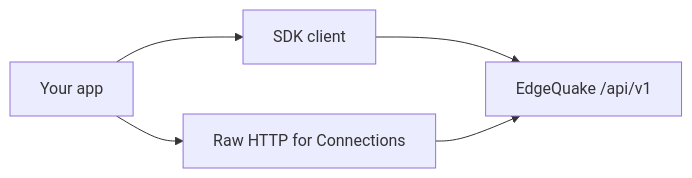
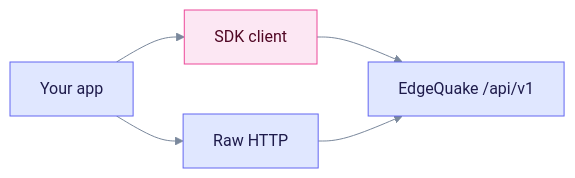
The diagram in docs/sdks/README.md (raphaelmansuy/edgequake), drawn with Mermaid before and after one commit. The commit also changed other lines of this file and 194 other files, not shown here.

First line of the commit message:
Refresh docs against code and rebuild schema E/R as progressive steps

````diff
--- a/docs/sdks/README.md
+++ b/docs/sdks/README.md
@@ -12,7 +14,12 @@
 ```mermaid
+%%{init: {"theme":"base","themeVariables":{"primaryColor":"#E0E7FF","primaryBorderColor":"#6366F1","primaryTextColor":"#1E1B4B","secondaryColor":"#D1FAE5","secondaryBorderColor":"#10B981","secondaryTextColor":"#064E3B","tertiaryColor":"#FEF3C7","tertiaryBorderColor":"#F59E0B","tertiaryTextColor":"#6B7A90","lineColor":"#7A889C","clusterBkg":"rgba(99,102,241,0.07)","clusterBorder":"#A5B4FC","noteBkgColor":"#FEF9C3","noteTextColor":"#422006","textColor":"#6B7A90","titleColor":"#6B7A90","signalColor":"#7A889C","signalTextColor":"#6B7A90","loopTextColor":"#6B7A90","edgeLabelBackground":"#F1F5F9","actorLineColor":"#94A3B8"}}}%%
+%% eq-theme:v1
 flowchart LR
     App["Your app"] --> SDK["SDK client"]
     SDK --> API["EdgeQuake /api/v1"]
-    App --> Raw["Raw HTTP for Connections"]
+    App --> Raw["Raw HTTP"]
     Raw --> API
+%% eq-classes
+classDef eqActor fill:#FCE7F3,stroke:#EC4899,color:#500724
+class SDK eqActor
 ```
````
